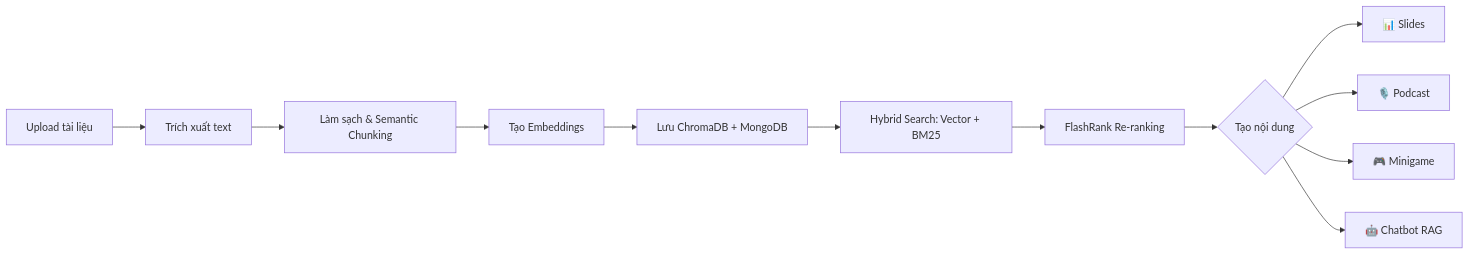
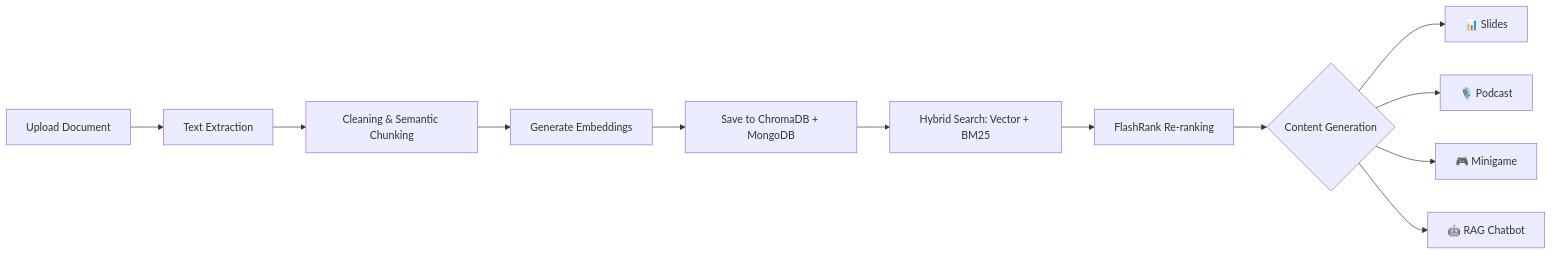
The first of 2 diagrams in README.md (Kietnehi/AI-FOR-EDUCATION), drawn with Mermaid before and after one commit. The commit also changed other lines of this file, not shown here.

````diff
--- a/README.md
+++ b/README.md
@@ -227,14 +224,14 @@
 ```mermaid
 flowchart LR
-    A[Upload tài liệu] --> B[Trích xuất text]
-    B --> C[Làm sạch & Semantic Chunking]
-    C --> D[Tạo Embeddings]
-    D --> E[Lưu ChromaDB + MongoDB]
+    A[Upload Document] --> B[Text Extraction]
+    B --> C[Cleaning & Semantic Chunking]
+    C --> D[Generate Embeddings]
+    D --> E[Save to ChromaDB + MongoDB]
     E --> F[Hybrid Search: Vector + BM25]
     F --> G[FlashRank Re-ranking]
-    G --> H{Tạo nội dung}
+    G --> H{Content Generation}
     H --> I[📊 Slides]
     H --> J[🎙️ Podcast]
     H --> K[🎮 Minigame]
-    H --> L[🤖 Chatbot RAG]
+    H --> L[🤖 RAG Chatbot]
 ```
````
